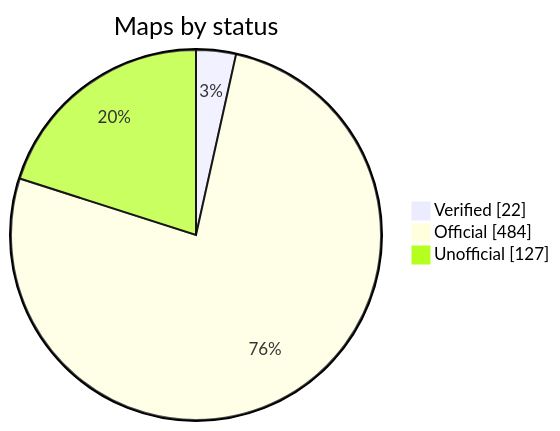
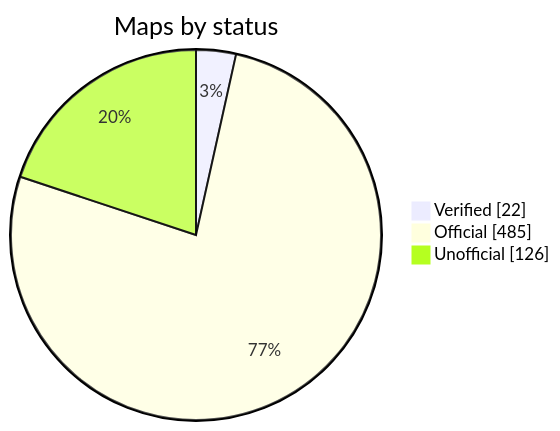
Before and after one commit to nobrega8/mbmap-library: the diagram in README.md, drawn with Mermaid. The commit also changed 6 other files, not shown here.

````diff
--- a/README.md
+++ b/README.md
@@ -52,7 +52,7 @@
 ```mermaid
 pie showData
     title Maps by status
     "Verified" : 22
-    "Official" : 484
-    "Unofficial" : 127
+    "Official" : 485
+    "Unofficial" : 126
 ```
````
